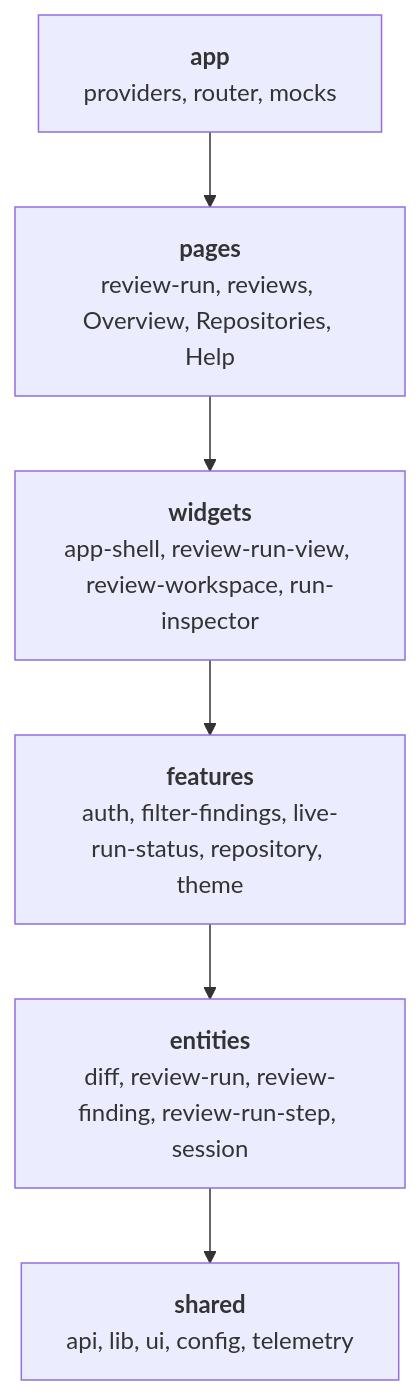
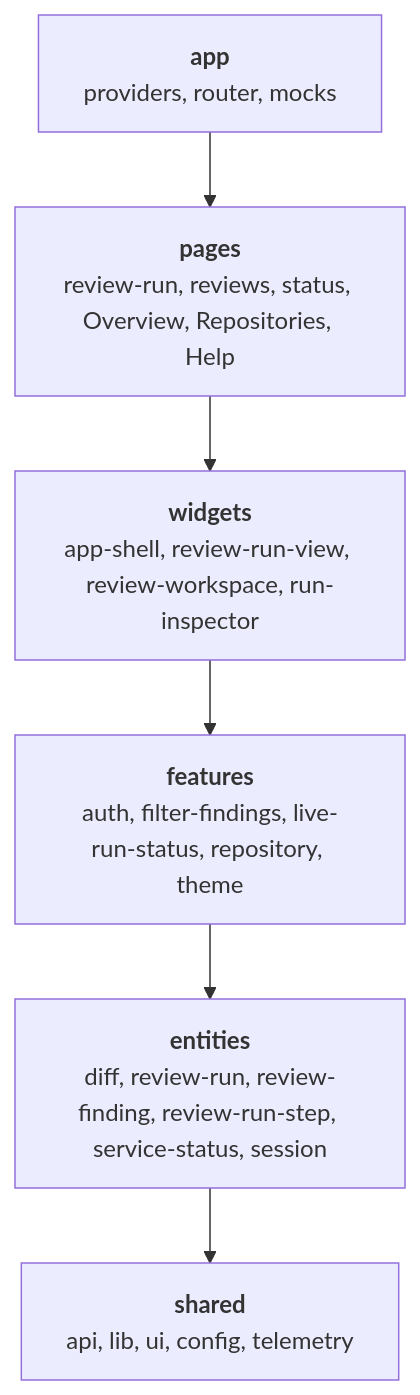
The first of 2 diagrams in FRONTEND_ARCHITECTURE.md (larchanka-training/dmc-268-ui-t1), drawn with Mermaid before and after one commit. The commit also changed other lines of this file and 36 other files, not shown here.

````diff
--- a/FRONTEND_ARCHITECTURE.md
+++ b/FRONTEND_ARCHITECTURE.md
@@ -152,10 +154,10 @@
 ```mermaid
 flowchart TB
     app["<b>app</b><br/>providers, router, mocks"]
-    pages["<b>pages</b><br/>review-run, reviews, Overview, Repositories, Help"]
+    pages["<b>pages</b><br/>review-run, reviews, status, Overview, Repositories, Help"]
     widgets["<b>widgets</b><br/>app-shell, review-run-view, review-workspace, run-inspector"]
     features["<b>features</b><br/>auth, filter-findings, live-run-status, repository, theme"]
-    entities["<b>entities</b><br/>diff, review-run, review-finding, review-run-step, session"]
+    entities["<b>entities</b><br/>diff, review-run, review-finding, review-run-step, service-status, session"]
     shared["<b>shared</b><br/>api, lib, ui, config, telemetry"]
     app --> pages --> widgets --> features --> entities --> shared
 ```
````
